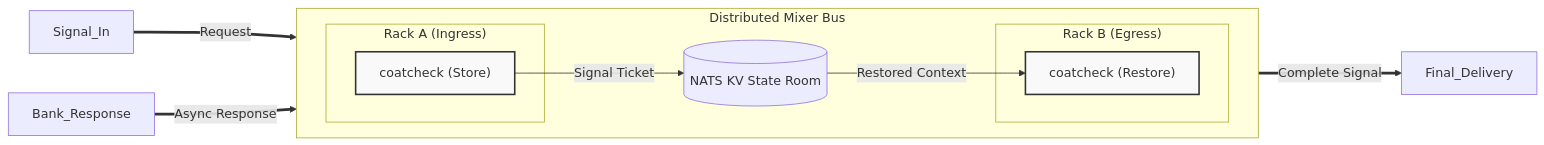
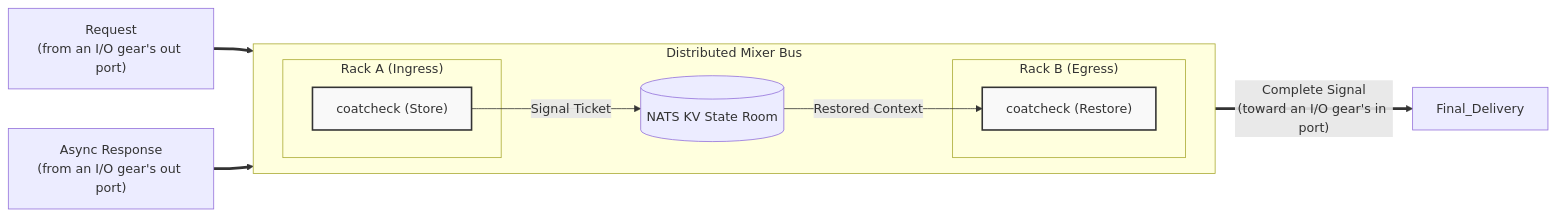
Before and after one commit to fluxrig/website: the diagram in docs/reference/gears/coatcheck.md, drawn with Mermaid. The commit also changed other lines of this file and 44 other files, not shown here.

````diff
--- a/docs/reference/gears/coatcheck.md
+++ b/docs/reference/gears/coatcheck.md
@@ -39,23 +78,23 @@
 ```mermaid
 graph LR
     subgraph "Distributed Mixer Bus"
         direction LR
         subgraph Rack_A ["Rack A (Ingress)"]
             Store["coatcheck (Store)"]
         end
         subgraph Rack_B ["Rack B (Egress)"]
             Restore["coatcheck (Restore)"]
         end
         KV[("NATS KV State Room")]
     end
 
-    %% Signal Flow
-    Signal_In == "Request" ==> Store
+    %% Signal Flow (each arrow is one unidirectional wire)
+    Signal_In["Request<br/>(from an I/O gear's out port)"] ==> Store
     Store -- "Signal Ticket" --> KV
-    Bank_Response == "Async Response" ==> Restore
+    Bank_Response["Async Response<br/>(from an I/O gear's out port)"] ==> Restore
     KV -- "Restored Context" --> Restore
-    Restore == "Complete Signal" ==> Final_Delivery
+    Restore == "Complete Signal<br/>(toward an I/O gear's in port)" ==> Final_Delivery
 
     classDef gear fill:#f9f9f9,stroke:#333,stroke-width:2px;
     class Store,Restore gear;
 ```
````
